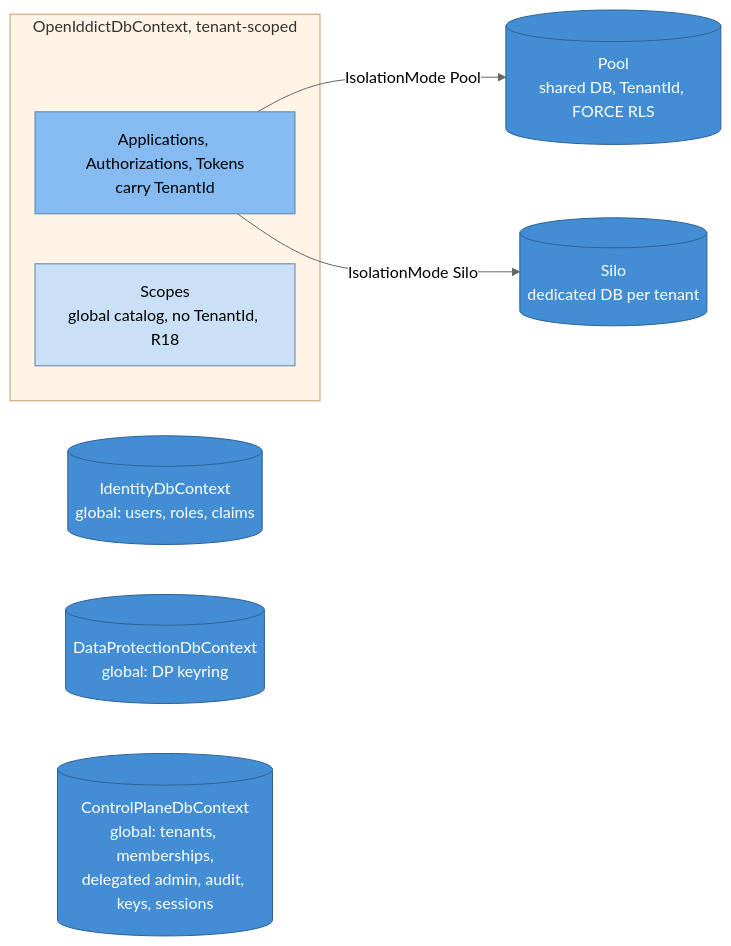
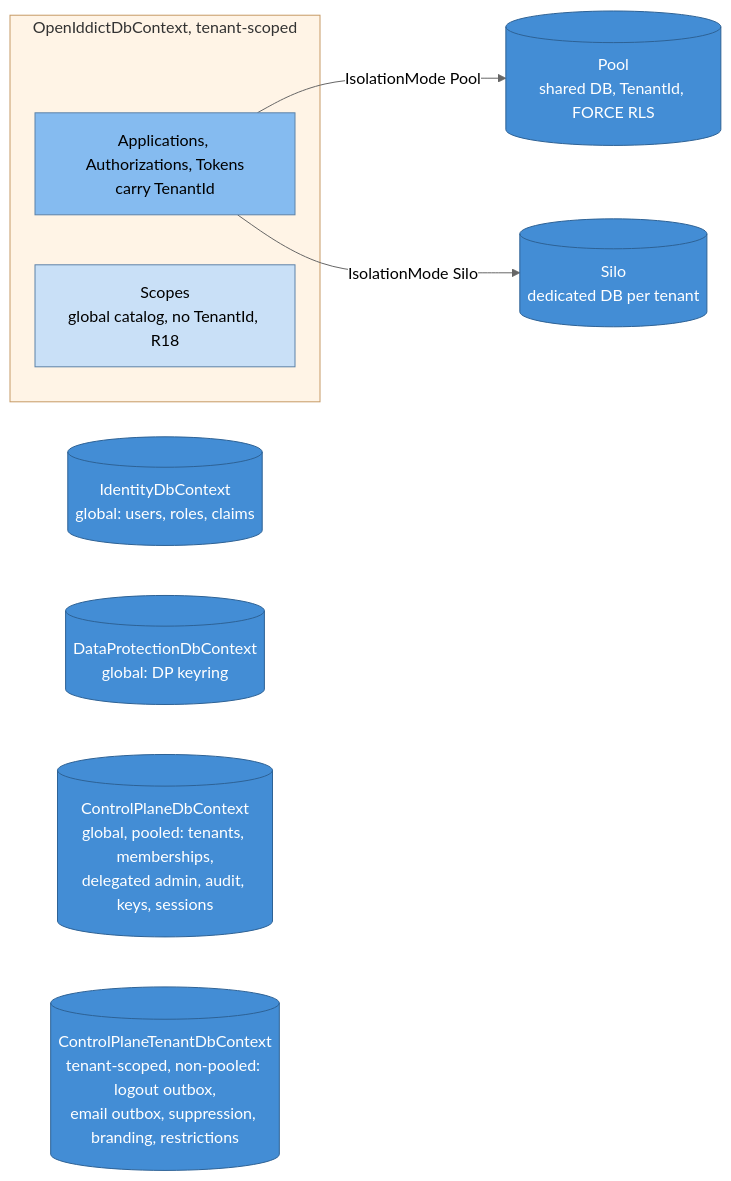
One commit to namphuongtran/nami changed the first of 9 diagrams in docs/design/02-data.md. Above: the diagram before and after it, drawn with Mermaid (neutral theme). The commit also changed other lines of this file and 14 other files, not shown here.

First line of the commit message:
docs: the five tenant-scoped control-plane tables could not have built

````diff
--- a/docs/design/02-data.md
+++ b/docs/design/02-data.md
@@ -65,20 +87,21 @@
 ```mermaid
 graph LR
   subgraph oi[OpenIddictDbContext, tenant-scoped]
     ent[Applications, Authorizations, Tokens<br/>carry TenantId]:::ctx
     scp[Scopes<br/>global catalog, no TenantId, R18]:::global2
   end
   pool[(Pool<br/>shared DB, TenantId, FORCE RLS)]:::store
   silo[(Silo<br/>dedicated DB per tenant)]:::store
   id[(IdentityDbContext<br/>global: users, roles, claims)]:::store
   dp[(DataProtectionDbContext<br/>global: DP keyring)]:::store
-  cp[(ControlPlaneDbContext<br/>global: tenants, memberships,<br/>delegated admin, audit, keys, sessions)]:::store
+  cp[(ControlPlaneDbContext<br/>global, pooled: tenants, memberships,<br/>delegated admin, audit, keys, sessions)]:::store
+  cpt[(ControlPlaneTenantDbContext<br/>tenant-scoped, non-pooled: logout outbox,<br/>email outbox, suppression, branding, restrictions)]:::store
 
   ent -->|IsolationMode Pool| pool
   ent -->|IsolationMode Silo| silo
 
   classDef ctx fill:#85bbf0,stroke:#5d82a8,color:#000000
   classDef global2 fill:#c9e0f7,stroke:#5d82a8,color:#000000
   classDef store fill:#438dd5,stroke:#2e6295,color:#ffffff
   style oi fill:#fff4e6,stroke:#c69a66
 ```
````
